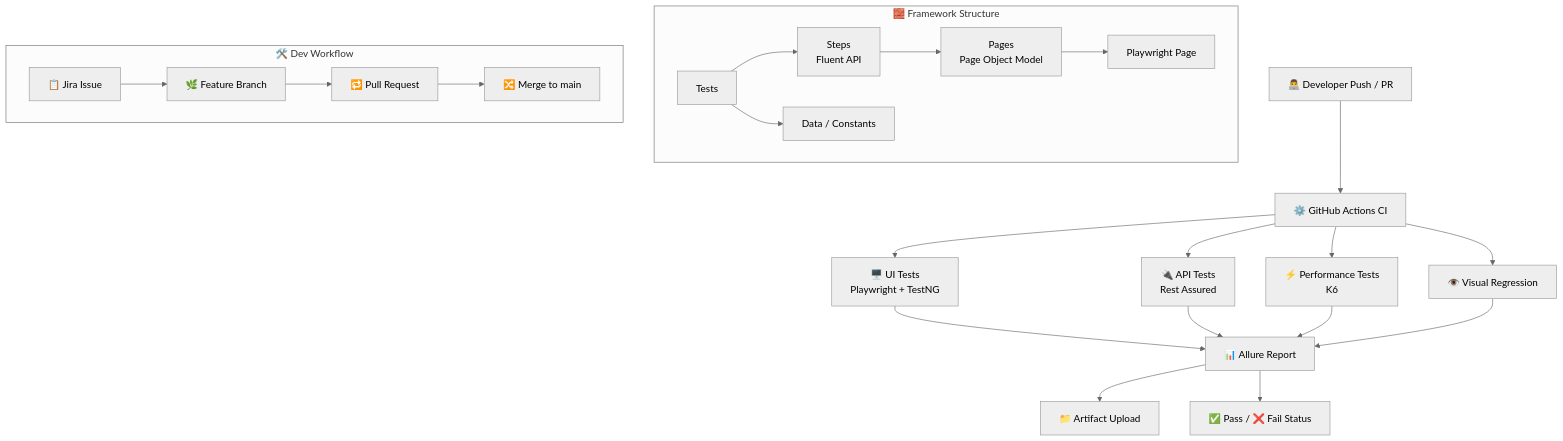
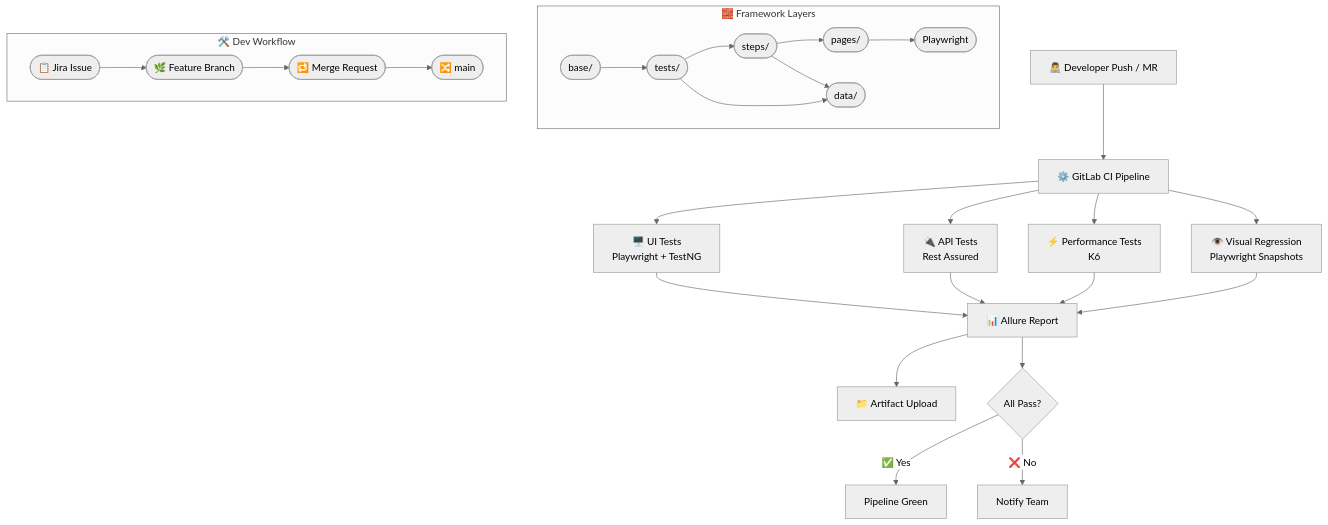
The first of 3 diagrams in README.md (NikolozZhordania/Bootcamp2025.3_Team1), drawn with Mermaid (neutral theme) before and after one commit. The commit also changed other lines of this file, not shown here.

````diff
--- a/README.md
+++ b/README.md
@@ -261,30 +261,36 @@
 ```mermaid
 flowchart TD
-    A[👨‍💻 Developer Push / PR] --> B[⚙️ GitHub Actions CI]
+    A[👨‍💻 Developer Push / MR] --> B[⚙️ GitLab CI Pipeline]
 
     B --> C[🖥️ UI Tests\nPlaywright + TestNG]
     B --> D[🔌 API Tests\nRest Assured]
     B --> E[⚡ Performance Tests\nK6]
-    B --> F[👁️ Visual Regression]
+    B --> F[👁️ Visual Regression\nPlaywright Snapshots]
 
     C --> G[📊 Allure Report]
     D --> G
     E --> G
     F --> G
 
     G --> H[📁 Artifact Upload]
-    G --> I[✅ Pass / ❌ Fail Status]
+    G --> I{All Pass?}
+    I -- ✅ Yes --> J[Pipeline Green]
+    I -- ❌ No --> K[Notify Team]
 
-    subgraph "🧱 Framework Structure"
-        J[Tests] --> K[Steps\nFluent API]
-        K --> L[Pages\nPage Object Model]
-        L --> M[Playwright Page]
-        J --> N[Data / Constants]
+    subgraph "🧱 Framework Layers"
+        direction LR
+        O([base/]) --> T([tests/])
+        T --> S([steps/])
+        S --> P([pages/])
+        P --> PW([Playwright])
+        T --> N([data/])
+        S --> N
     end
 
     subgraph "🛠️ Dev Workflow"
-        O[📋 Jira Issue] --> P[🌿 Feature Branch]
-        P --> Q[🔁 Pull Request]
-        Q --> R[🔀 Merge to main]
+        direction LR
+        Q([📋 Jira Issue]) --> R([🌿 Feature Branch])
+        R --> MR([🔁 Merge Request])
+        MR --> Main([🔀 main])
     end
 ```
````
